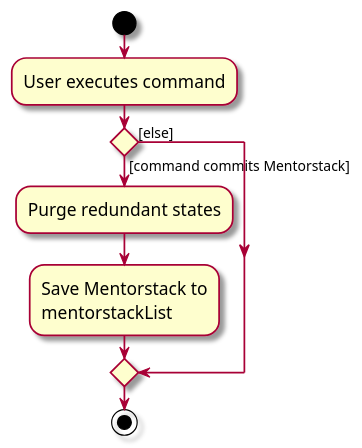
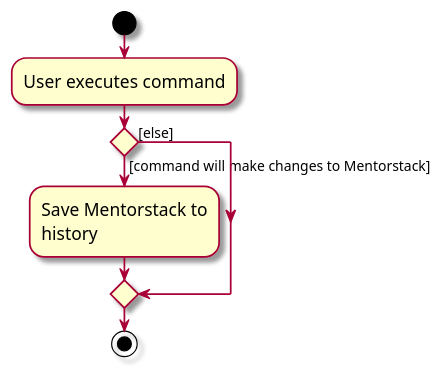
One commit to subiloble/tp changed the diagram in docs/diagrams/CommitActivityDiagram.puml. Above: the diagram before and after it, drawn with PlantUML. The commit also changed 1 other file, not shown here.

```diff
--- a/docs/diagrams/CommitActivityDiagram.puml
+++ b/docs/diagrams/CommitActivityDiagram.puml
@@ -1,18 +1,17 @@
 @startuml
 skin rose
 skinparam ActivityFontSize 15
 skinparam ArrowFontSize 12
 start
 :User executes command;
 
 'Since the beta syntax does not support placing the condition outside the
 'diamond we place it as the true branch instead.
 
-if () then ([command commits Mentorstack])
-    :Purge redundant states;
+if () then ([command will make changes to Mentorstack])
     :Save Mentorstack to
-    mentorstackList;
+    history;
 else ([else])
 endif
 stop
 @enduml
```
